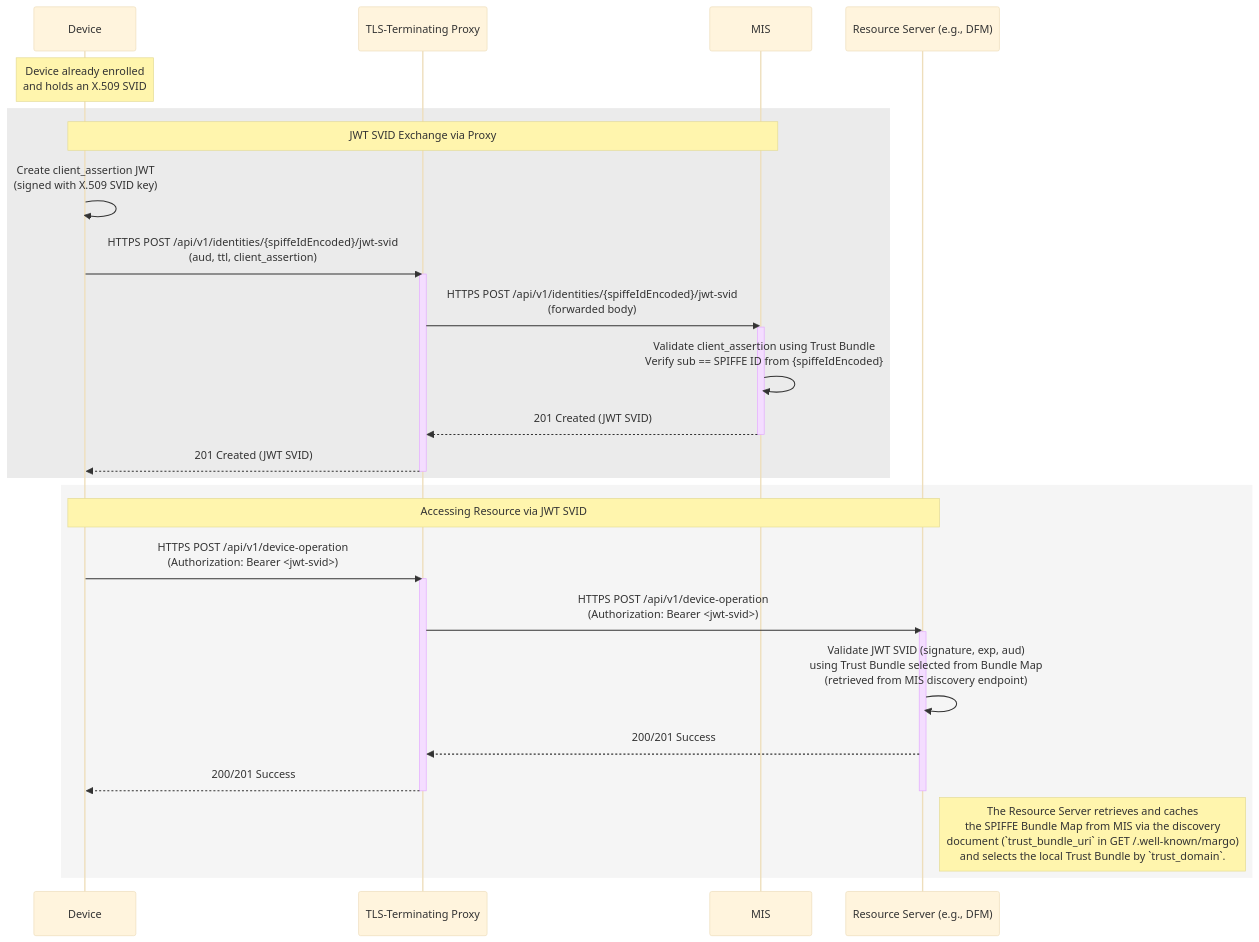
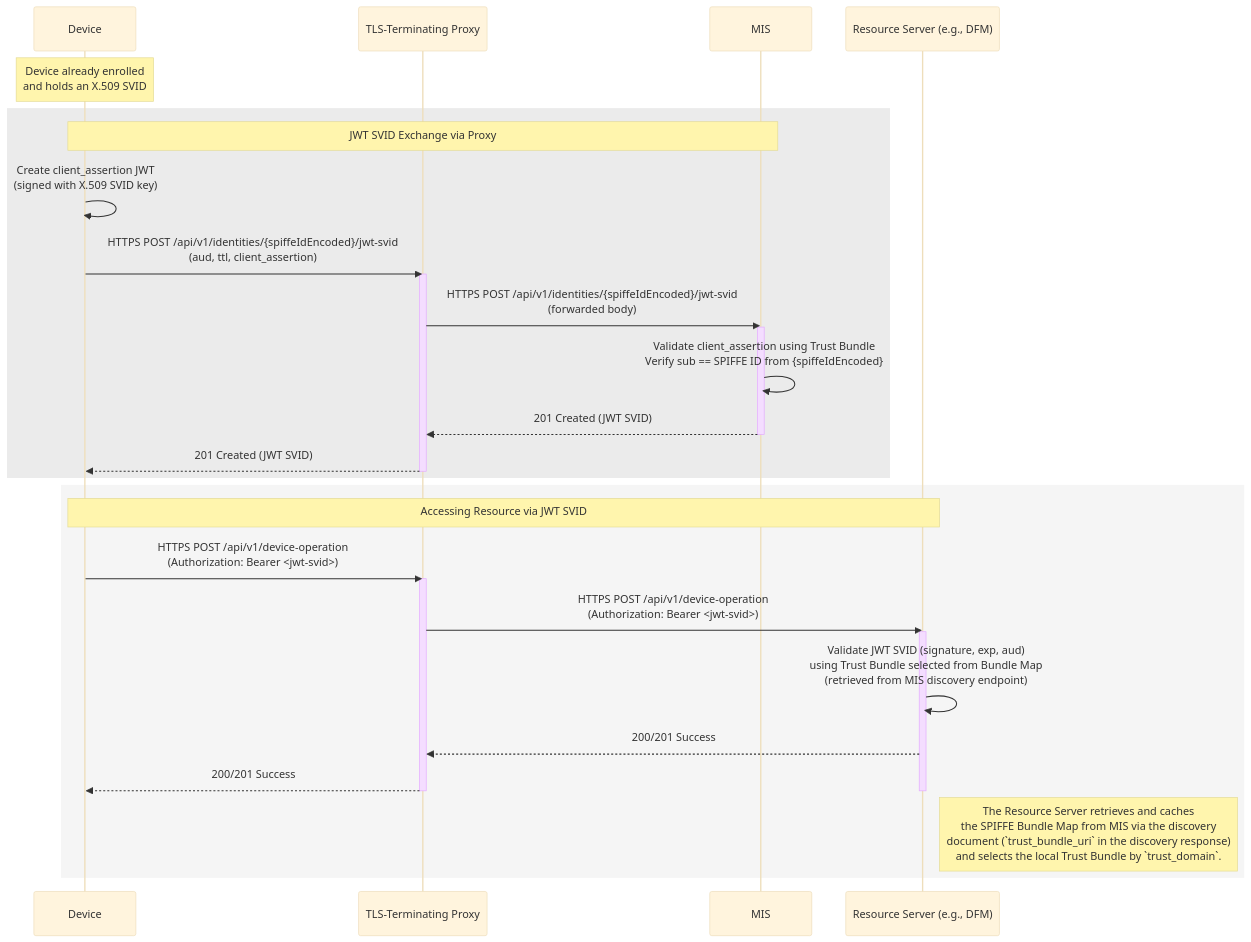
One commit to margo/specification-enhancements changed the third of 8 diagrams in proposals/margo-identity-and-authorization-framework.md. Above: the diagram before and after it, drawn with Mermaid (base theme). The commit also changed other lines of this file, not shown here.

First line of the commit message:
docs: make discovery more flexible

````diff
--- a/proposals/margo-identity-and-authorization-framework.md
+++ b/proposals/margo-identity-and-authorization-framework.md
@@ -1638,38 +1640,38 @@
 ```mermaid
 sequenceDiagram
     participant Device
     participant Proxy as TLS-Terminating Proxy
     participant MIS
     participant RS as Resource Server (e.g., DFM)
 
     note over Device: Device already enrolled<br/>and holds an X.509 SVID
 
     rect rgb(235,235,235)
         note over Device,MIS: JWT SVID Exchange via Proxy
         Device->>Device: Create client_assertion JWT<br/>(signed with X.509 SVID key)
         Device->>Proxy: HTTPS POST /api/v1/identities/{spiffeIdEncoded}/jwt-svid<br/>(aud, ttl, client_assertion)
         activate Proxy
         Proxy->>MIS: HTTPS POST /api/v1/identities/{spiffeIdEncoded}/jwt-svid<br/>(forwarded body)
         activate MIS
         MIS->>MIS: Validate client_assertion using Trust Bundle<br/>Verify sub == SPIFFE ID from {spiffeIdEncoded}
         MIS-->>Proxy: 201 Created (JWT SVID)
         deactivate MIS
         Proxy-->>Device: 201 Created (JWT SVID)
         deactivate Proxy
     end
 
     rect rgb(245,245,245)
         note over Device,RS: Accessing Resource via JWT SVID
         Device->>Proxy: HTTPS POST /api/v1/device-operation<br/>(Authorization: Bearer <jwt-svid>)
         activate Proxy
         Proxy->>RS: HTTPS POST /api/v1/device-operation<br/>(Authorization: Bearer <jwt-svid>)
         activate RS
         RS->>RS: Validate JWT SVID (signature, exp, aud)<br/>using Trust Bundle selected from Bundle Map<br/>(retrieved from MIS discovery endpoint)
         RS-->>Proxy: 200/201 Success
         Proxy-->>Device: 200/201 Success
         deactivate RS
         deactivate Proxy
 
-      note right of RS: The Resource Server retrieves and caches<br/>the SPIFFE Bundle Map from MIS via the discovery<br/>document (`trust_bundle_uri` in GET /.well-known/margo)<br/>and selects the local Trust Bundle by `trust_domain`.
+      note right of RS: The Resource Server retrieves and caches<br/>the SPIFFE Bundle Map from MIS via the discovery<br/>document (`trust_bundle_uri` in the discovery response)<br/>and selects the local Trust Bundle by `trust_domain`.
     end
 ```
````
